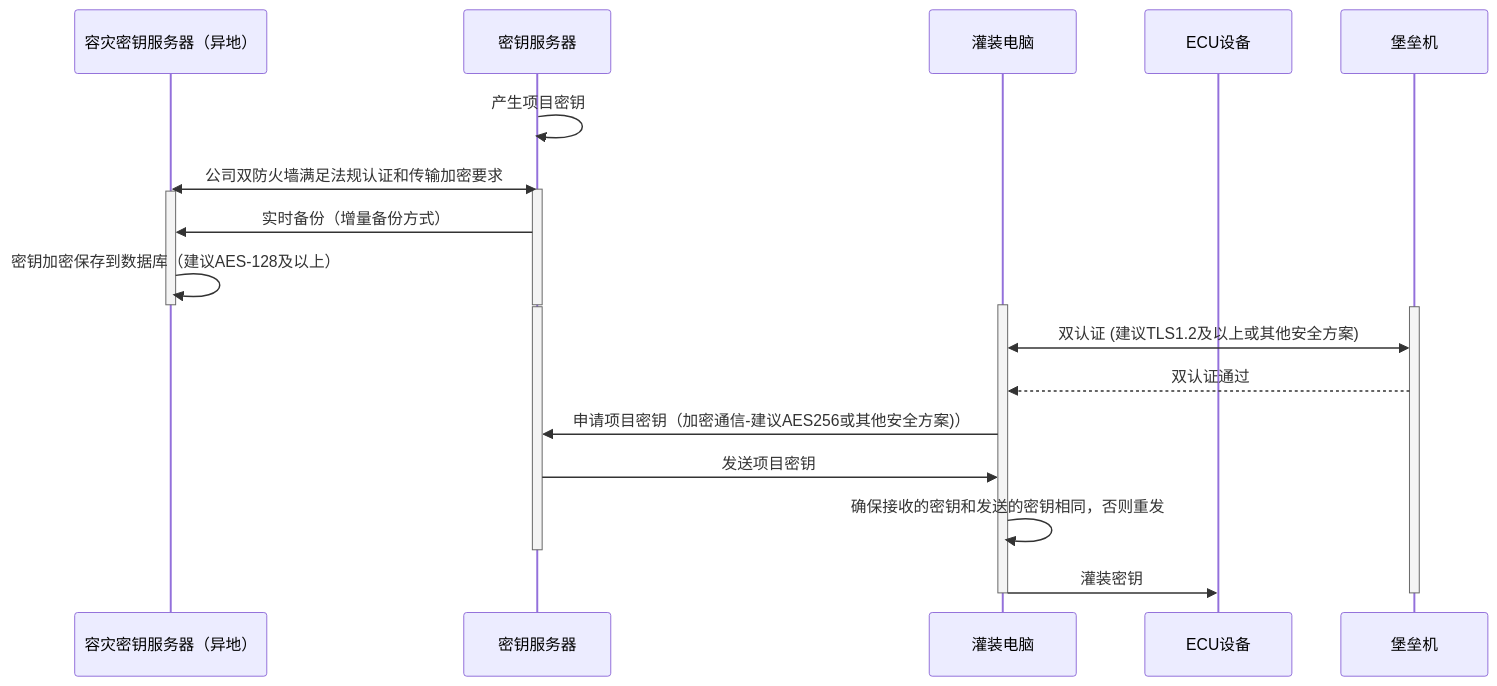
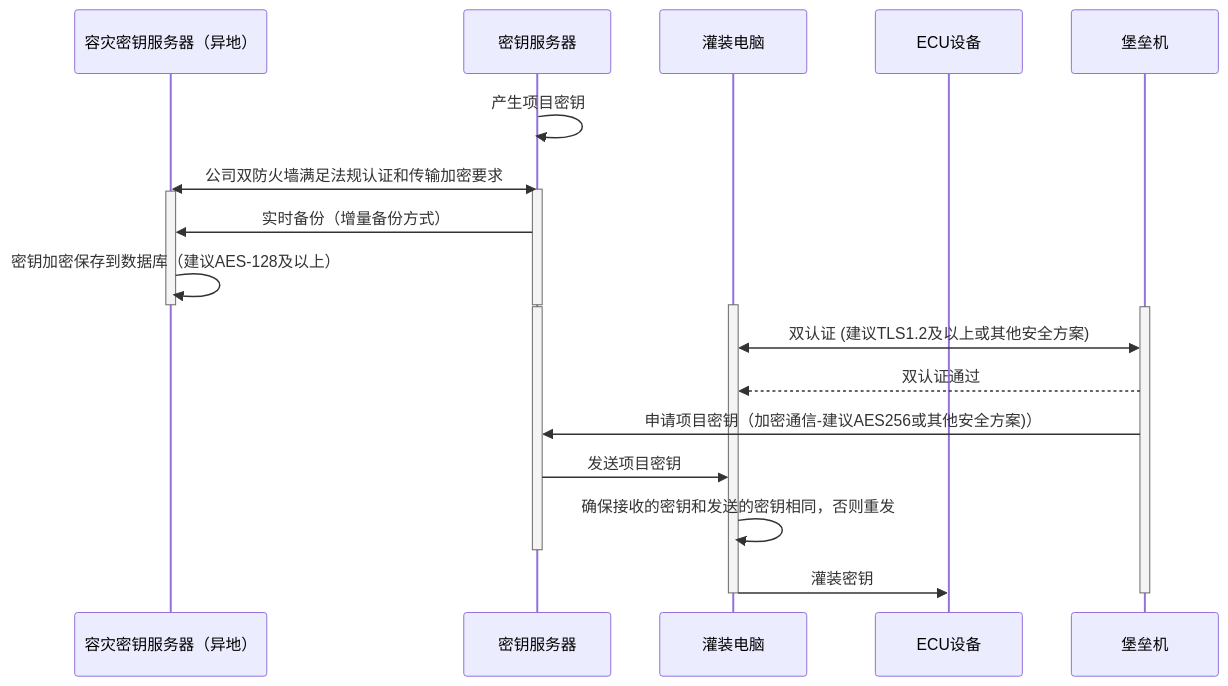
The diagram in all/未命名-15.md (facebook-cloud/iodraw-files), drawn with Mermaid before and after one commit.

Commit message:
2026-02-07 09:57:32 update

````diff
--- a/all/未命名-15.md
+++ b/all/未命名-15.md
@@ -1,34 +1,34 @@
 ```mermaid
 sequenceDiagram
     participant B as 容灾密钥服务器（异地）
     participant A as 密钥服务器
     participant C as 灌装电脑
     participant D as ECU设备
     participant E as 堡垒机
 
     A->>A: 产生项目密钥
     A<<->>B: 公司双防火墙满足法规认证和传输加密要求
     activate A
     activate B
     A->>B: 实时备份（增量备份方式）
     B->>B: 密钥加密保存到数据库（建议AES-128及以上）
     deactivate B
     deactivate A
 
     activate C
     activate A
     activate E
 
     C<<->>E: 双认证 (建议TLS1.2及以上或其他安全方案)
     E-->>C: 双认证通过
 
-    C->>A: 申请项目密钥（加密通信-建议AES256或其他安全方案)）
+    E->>A: 申请项目密钥（加密通信-建议AES256或其他安全方案)）
     A->>C: 发送项目密钥
 
     C->>C: 确保接收的密钥和发送的密钥相同，否则重发
     deactivate A
     C->>D: 灌装密钥
     deactivate C
     deactivate E
 
 ```
````
